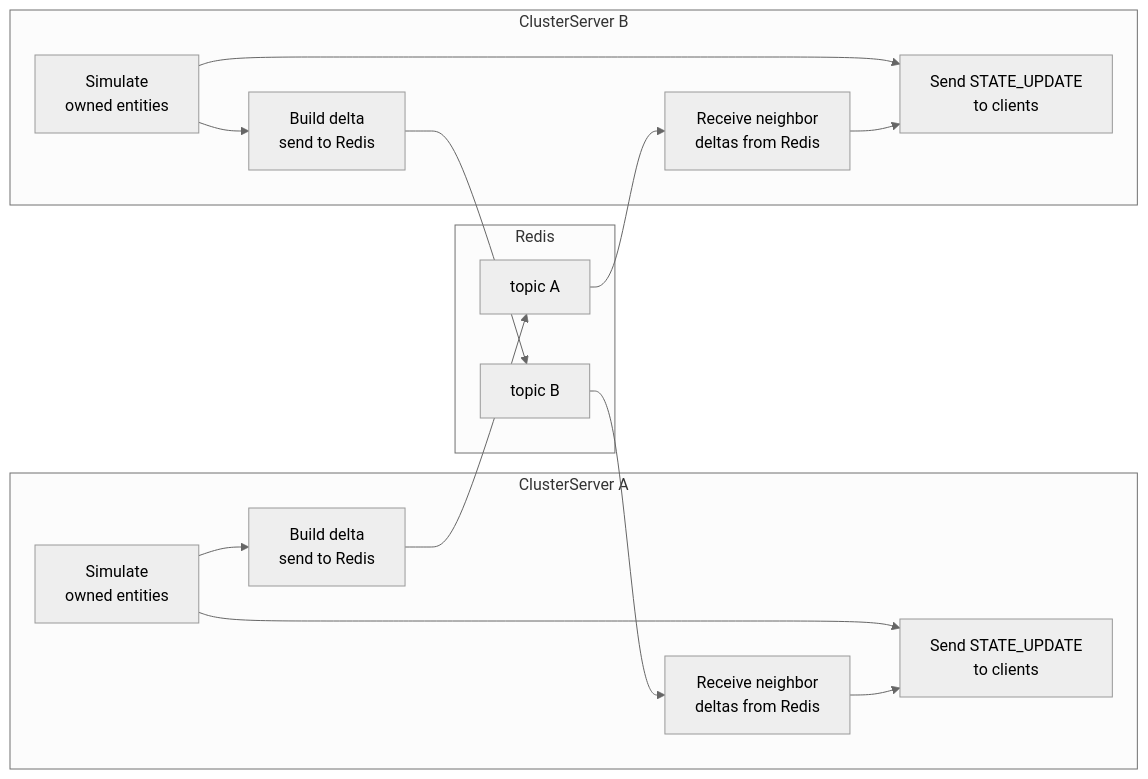
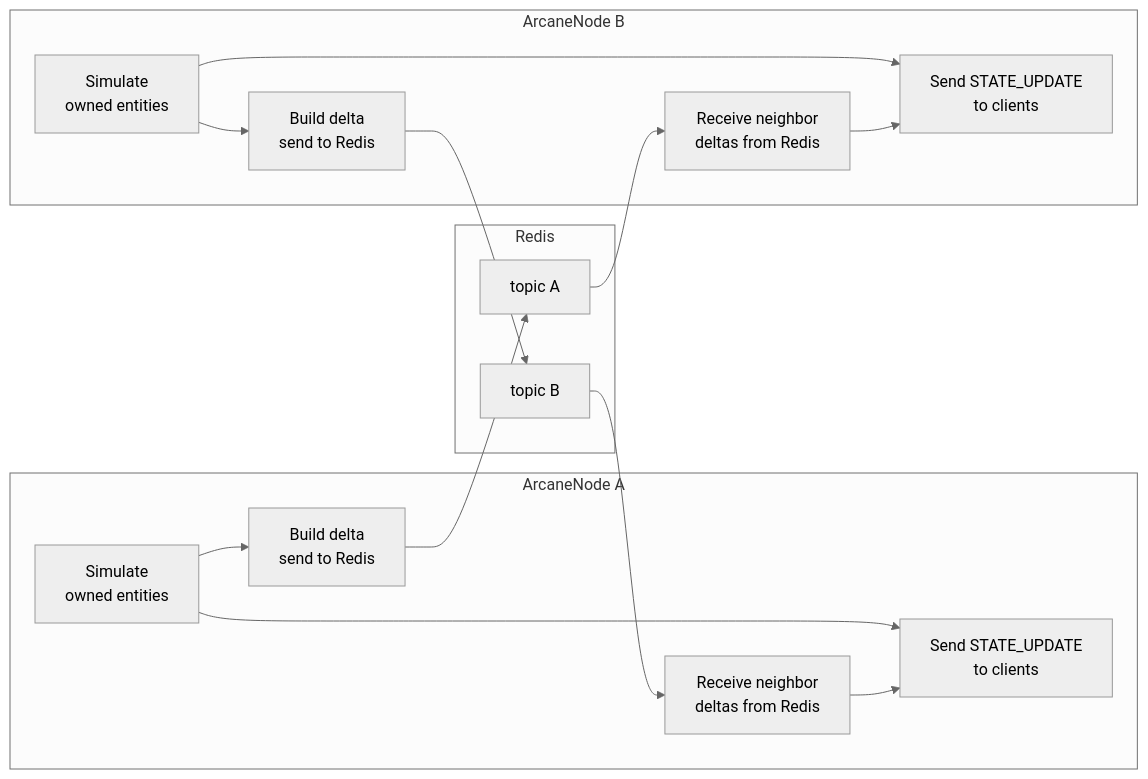
One commit to brainy-bots/arcane changed the third of 5 diagrams in docs/SYSTEM_ARCHITECTURE.md. Above: the diagram before and after it, drawn with Mermaid (neutral theme). The commit also changed other lines of this file and 15 other files, not shown here.

First line of the commit message:
docs: rename ClusterServer → ArcaneNode across all architecture docs

````diff
--- a/docs/SYSTEM_ARCHITECTURE.md
+++ b/docs/SYSTEM_ARCHITECTURE.md
@@ -78,33 +78,33 @@
 ```mermaid
 flowchart LR
-    subgraph ClusterA["ClusterServer A"]
+    subgraph ClusterA["ArcaneNode A"]
         A_Sim[Simulate<br/>owned entities]
         A_Client[Send STATE_UPDATE<br/>to clients]
         A_ReplOut[Build delta<br/>send to Redis]
         A_ReplIn[Receive neighbor<br/>deltas from Redis]
     end
 
     subgraph Redis["Redis"]
         TopicA[topic A]
         TopicB[topic B]
     end
 
-    subgraph ClusterB["ClusterServer B"]
+    subgraph ClusterB["ArcaneNode B"]
         B_Sim[Simulate<br/>owned entities]
         B_Client[Send STATE_UPDATE<br/>to clients]
         B_ReplOut[Build delta<br/>send to Redis]
         B_ReplIn[Receive neighbor<br/>deltas from Redis]
     end
 
     A_Sim --> A_ReplOut
     A_Sim --> A_Client
     A_ReplIn --> A_Client
     A_ReplOut --> TopicA
     TopicB --> A_ReplIn
 
     B_Sim --> B_ReplOut
     B_Sim --> B_Client
     B_ReplIn --> B_Client
     B_ReplOut --> TopicB
     TopicA --> B_ReplIn
 ```
````
